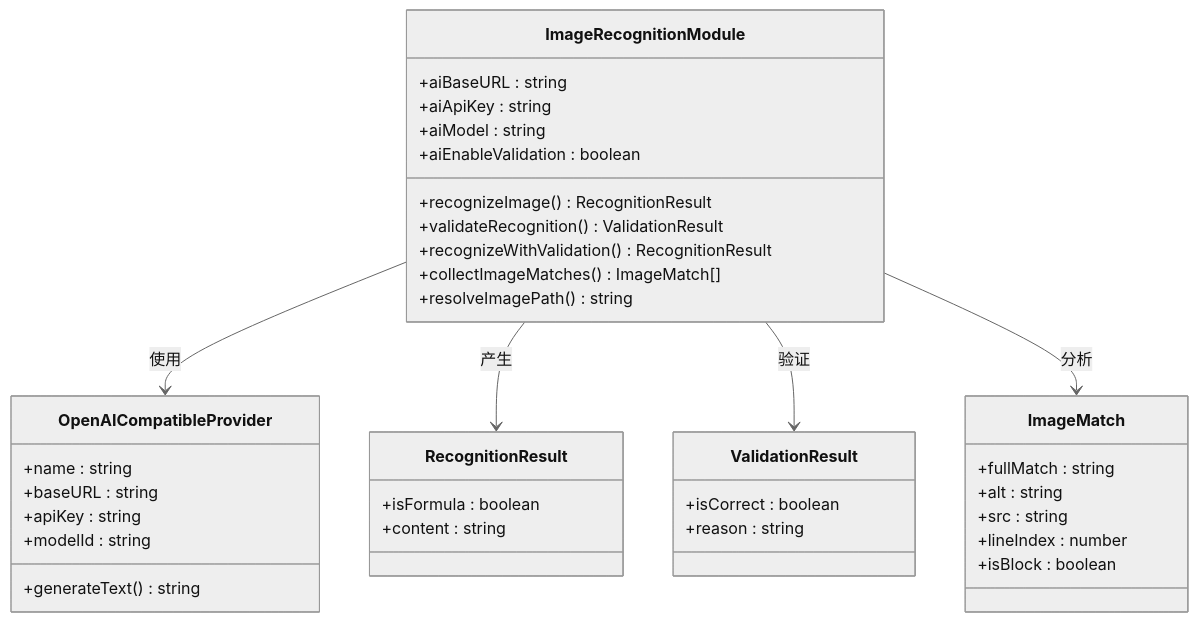
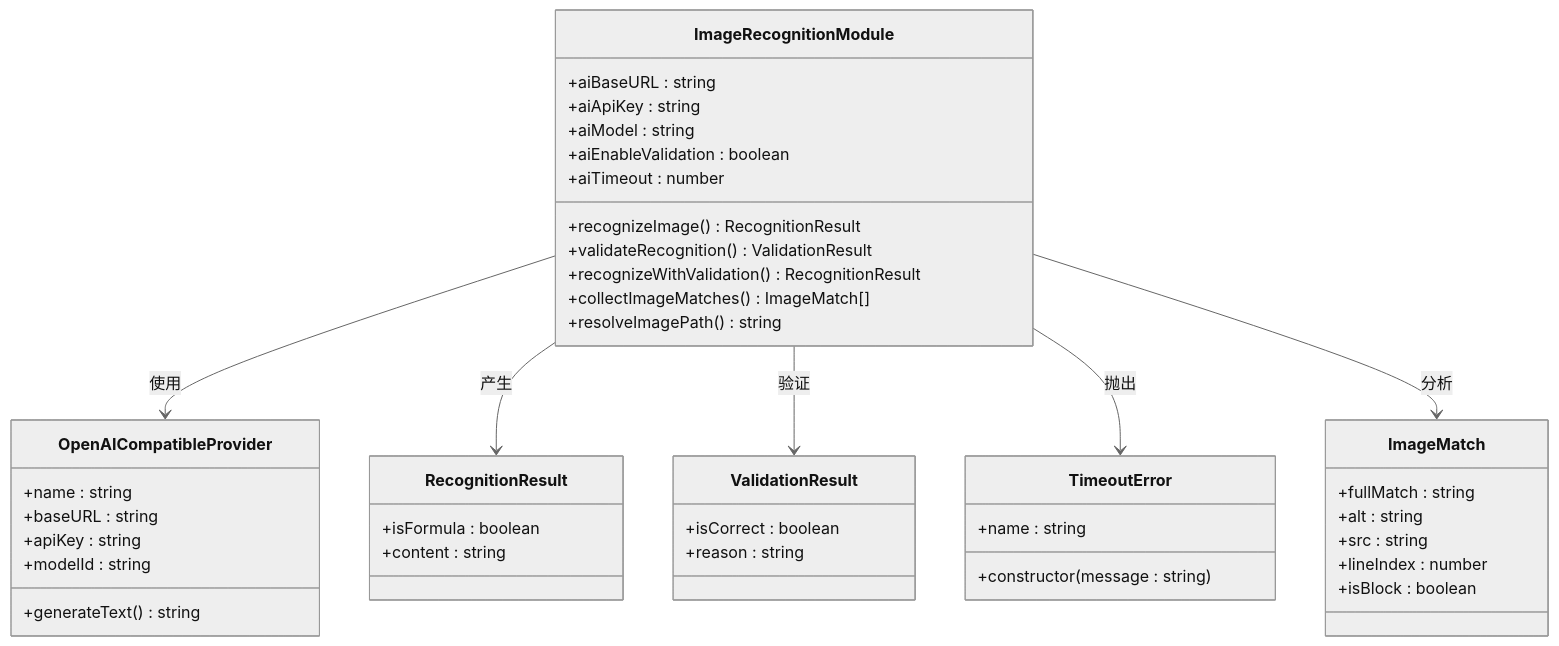
Before and after one commit to hllshiro/doc2md-cli: the fifth of 8 diagrams in .qoder/repowiki/zh/content/转换模块详解/AI图像识别模块.md, drawn with Mermaid (neutral theme). The commit also changed other lines of this file and 4 other files, not shown here.

First line of the commit message:
feat(utils): 新增AI图片识别超时配置和控制功能

````diff
--- a/.qoder/repowiki/zh/content/转换模块详解/AI图像识别模块.md
+++ b/.qoder/repowiki/zh/content/转换模块详解/AI图像识别模块.md
@@ -210,40 +259,46 @@
 ```mermaid
 classDiagram
 class ImageRecognitionModule {
 +aiBaseURL : string
 +aiApiKey : string
 +aiModel : string
 +aiEnableValidation : boolean
++aiTimeout : number
 +recognizeImage() RecognitionResult
 +validateRecognition() ValidationResult
 +recognizeWithValidation() RecognitionResult
 +collectImageMatches() ImageMatch[]
 +resolveImagePath() string
 }
 class OpenAICompatibleProvider {
 +name : string
 +baseURL : string
 +apiKey : string
 +modelId : string
 +generateText() string
 }
 class RecognitionResult {
 +isFormula : boolean
 +content : string
 }
 class ValidationResult {
 +isCorrect : boolean
 +reason : string
 }
+class TimeoutError {
++name : string
++constructor(message : string)
+}
 class ImageMatch {
 +fullMatch : string
 +alt : string
 +src : string
 +lineIndex : number
 +isBlock : boolean
 }
 ImageRecognitionModule --> OpenAICompatibleProvider : 使用
 ImageRecognitionModule --> RecognitionResult : 产生
 ImageRecognitionModule --> ValidationResult : 验证
+ImageRecognitionModule --> TimeoutError : 抛出
 ImageRecognitionModule --> ImageMatch : 分析
 ```
````
